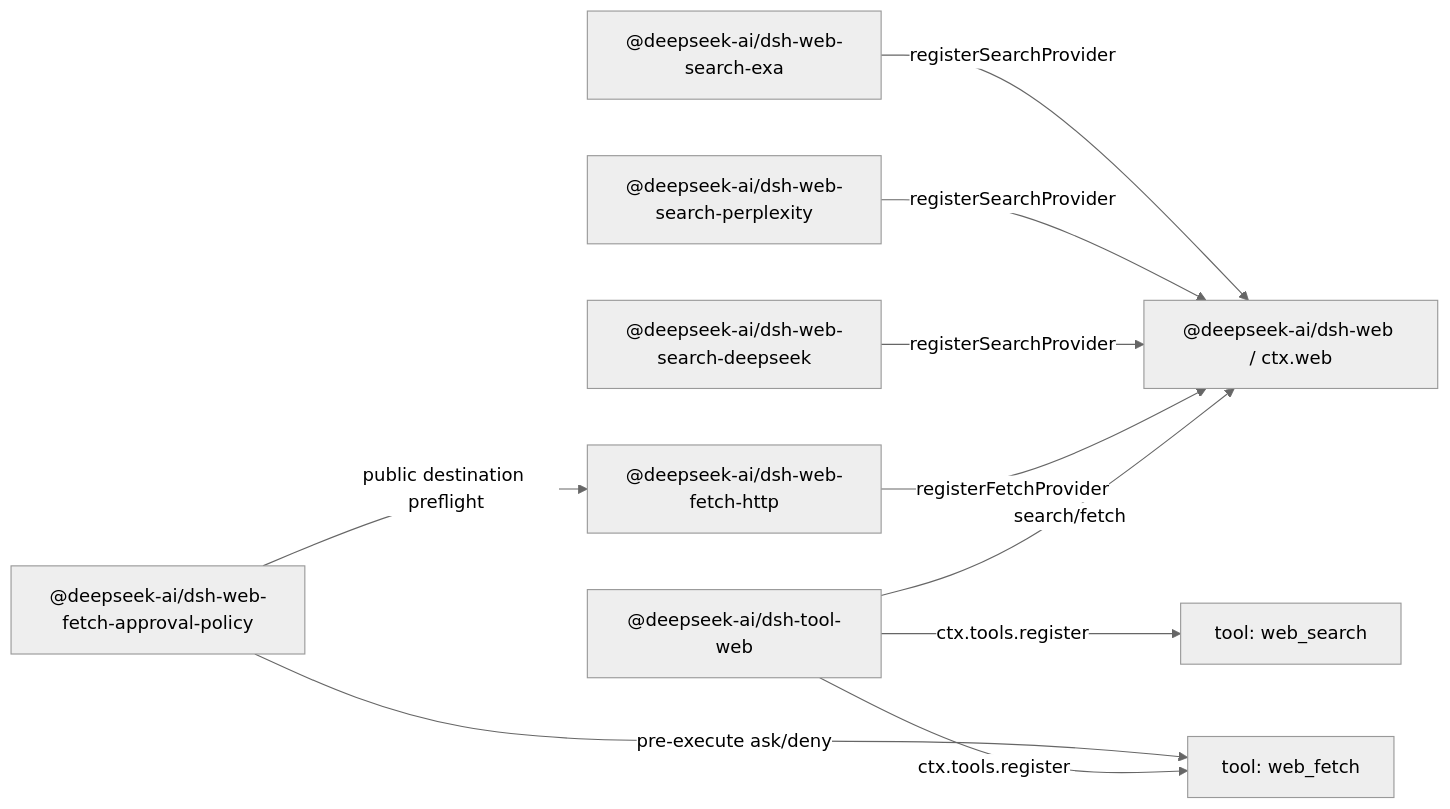
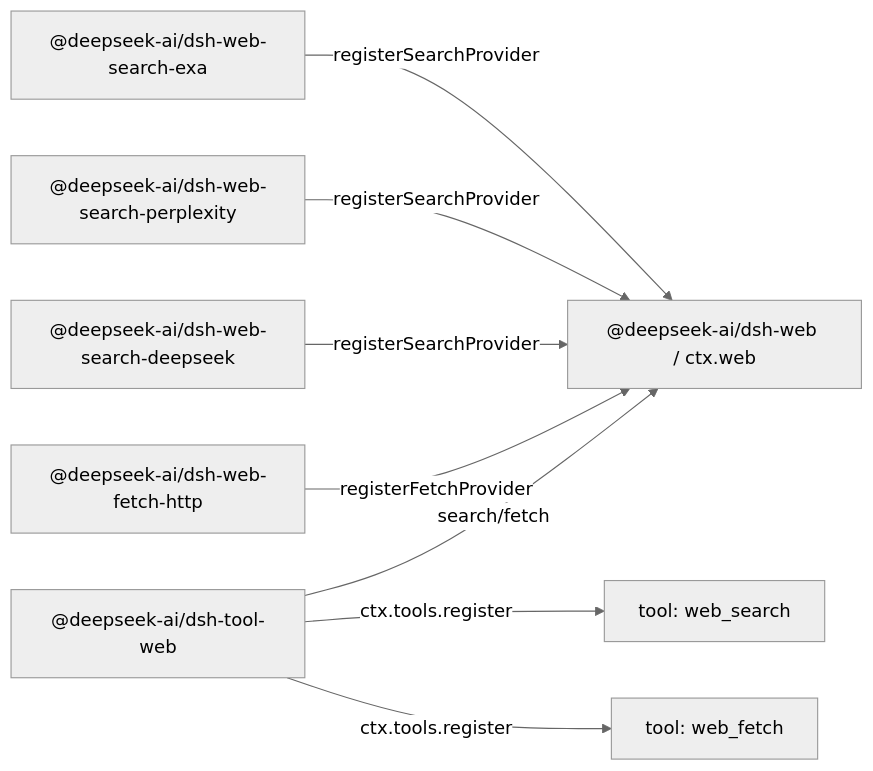
Before and after one commit to guojiaxian/deepseek-harness-WTAgent: the diagram in .agents/notes/implemented/architecture/2026-06-24-web-capability-seam.md, drawn with Mermaid (neutral theme). The commit also changed other lines of this file and 70 other files, not shown here.

Commit message:
refactor(web): remove fetch approval policy

````diff
--- a/.agents/notes/implemented/architecture/2026-06-24-web-capability-seam.md
+++ b/.agents/notes/implemented/architecture/2026-06-24-web-capability-seam.md
@@ -58,12 +58,10 @@
 ```mermaid
 flowchart LR
   exa["@deepseek-ai/dsh-web-search-exa"] -->|registerSearchProvider| web["@deepseek-ai/dsh-web / ctx.web"]
   perplexity["@deepseek-ai/dsh-web-search-perplexity"] -->|registerSearchProvider| web
   deepseek["@deepseek-ai/dsh-web-search-deepseek"] -->|registerSearchProvider| web
   fetchLocal["@deepseek-ai/dsh-web-fetch-http"] -->|registerFetchProvider| web
-  fetchPermission["@deepseek-ai/dsh-web-fetch-approval-policy"] -->|pre-execute ask/deny| webFetch
-  fetchPermission -->|public destination preflight| fetchLocal
   toolWeb["@deepseek-ai/dsh-tool-web"] -->|search/fetch| web
   toolWeb -->|ctx.tools.register| webSearch["tool: web_search"]
   toolWeb -->|ctx.tools.register| webFetch["tool: web_fetch"]
 ```
````
